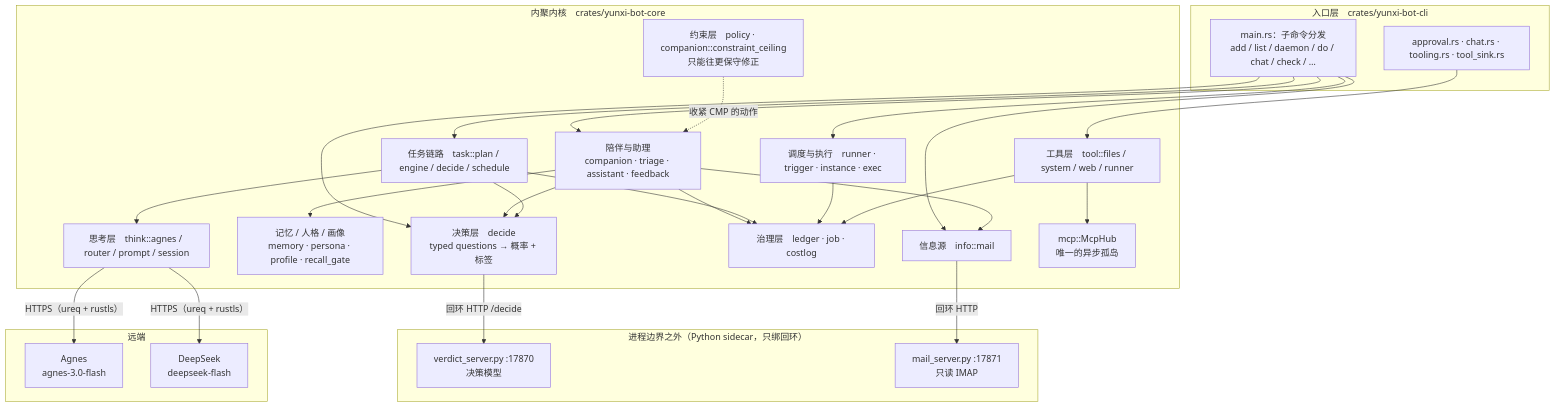
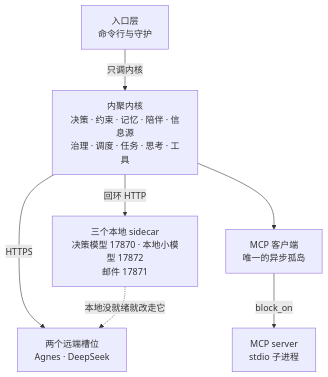
Before and after one commit to sjxbbdb/YunXi-Bot: the fourth of 8 diagrams in docs/readme/01-架构与技术栈.md, drawn with Mermaid. The commit also changed other lines of this file and 22 other files, not shown here.

````diff
--- a/docs/readme/01-架构与技术栈.md
+++ b/docs/readme/01-架构与技术栈.md
@@ -437,53 +459,9 @@
 ```mermaid
 flowchart TB
-    subgraph L1["入口层　crates/yunxi-bot-cli"]
-        CLI["main.rs：子命令分发<br/>add / list / daemon / do / chat / check / …"]
-        APP["approval.rs · chat.rs · tooling.rs · tool_sink.rs"]
-    end
-
-    subgraph L2["内聚内核　crates/yunxi-bot-core"]
-        DEC["决策层　decide<br/>typed questions → 概率 + 标签"]
-        POL["约束层　policy · companion::constraint_ceiling<br/>只能往更保守修正"]
-        MEM["记忆 / 人格 / 画像<br/>memory · persona · profile · recall_gate"]
-        CMP["陪伴与助理<br/>companion · triage · assistant · feedback"]
-        INFO["信息源　info::mail"]
-        LED["治理层　ledger · job · costlog"]
-        RUN["调度与执行　runner · trigger · instance · exec"]
-        TSK["任务链路　task::plan / engine / decide / schedule"]
-        THK["思考层　think::agnes / router / prompt / session"]
-        TOOL["工具层　tool::files / system / web / runner"]
-        MCP["mcp::McpHub<br/>唯一的异步孤岛"]
-    end
-
-    subgraph L3["进程边界之外（Python sidecar，只绑回环）"]
-        S1["verdict_server.py :17870<br/>决策模型"]
-        S2["mail_server.py :17871<br/>只读 IMAP"]
-    end
-
-    subgraph L4["远端"]
-        AG["Agnes<br/>agnes-3.0-flash"]
-        DS["DeepSeek<br/>deepseek-flash"]
-    end
-
-    CLI --> DEC
-    CLI --> RUN
-    CLI --> TSK
-    CLI --> CMP
-    CLI --> INFO
-    APP --> TOOL
-    DEC -->|"回环 HTTP /decide"| S1
-    CMP --> DEC
-    CMP --> MEM
-    CMP --> INFO
-    INFO -->|"回环 HTTP"| S2
-    TSK --> DEC
-    TSK --> THK
-    THK -->|"HTTPS（ureq + rustls）"| AG
-    THK -->|"HTTPS（ureq + rustls）"| DS
-    TOOL --> MCP
-    CMP --> LED
-    TSK --> LED
-    RUN --> LED
-    TOOL --> LED
-    POL -.->|"收紧 CMP 的动作"| CMP
+    CLI["入口层<br/>命令行与守护"] -->|"只调内核"| CORE["内聚内核<br/>决策 · 约束 · 记忆 · 陪伴 · 信息源<br/>治理 · 调度 · 任务 · 思考 · 工具"]
+    CORE -->|"回环 HTTP"| SIDE["三个本地 sidecar<br/>决策模型 17870 · 本地小模型 17872<br/>邮件 17871"]
+    CORE -->|"HTTPS"| NET["两个远端槽位<br/>Agnes · DeepSeek"]
+    CORE --> MCP["MCP 客户端<br/>唯一的异步孤岛"]
+    MCP -->|"block_on"| MSRV["MCP server<br/>stdio 子进程"]
+    SIDE -.->|"本地没就绪就改走它"| NET
 ```
````
